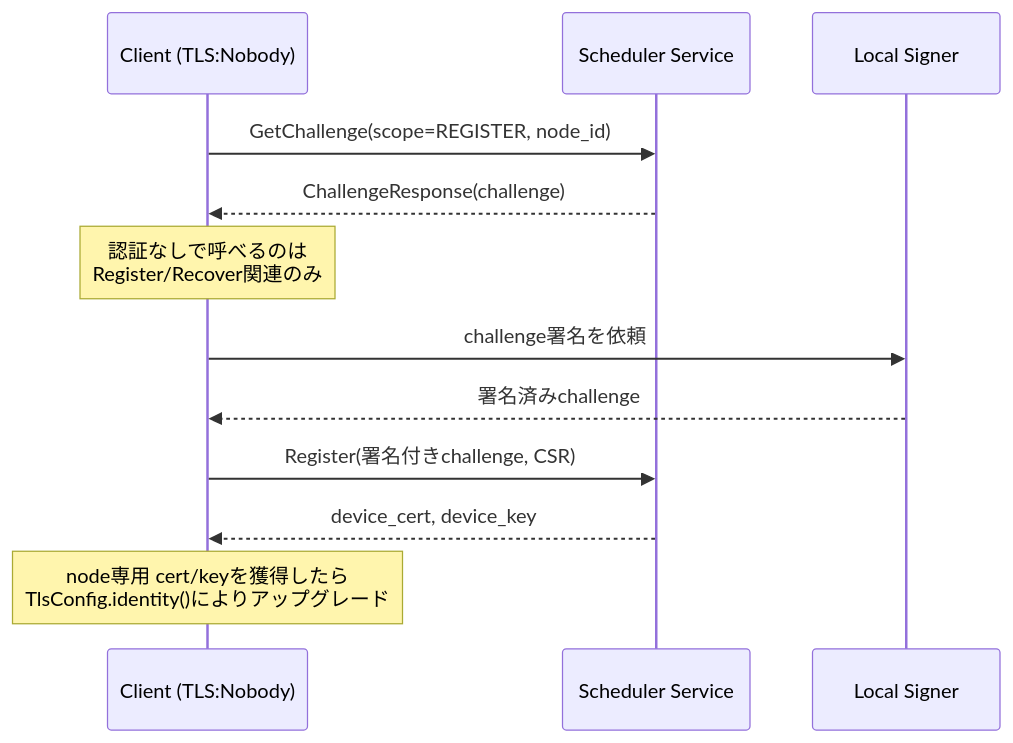
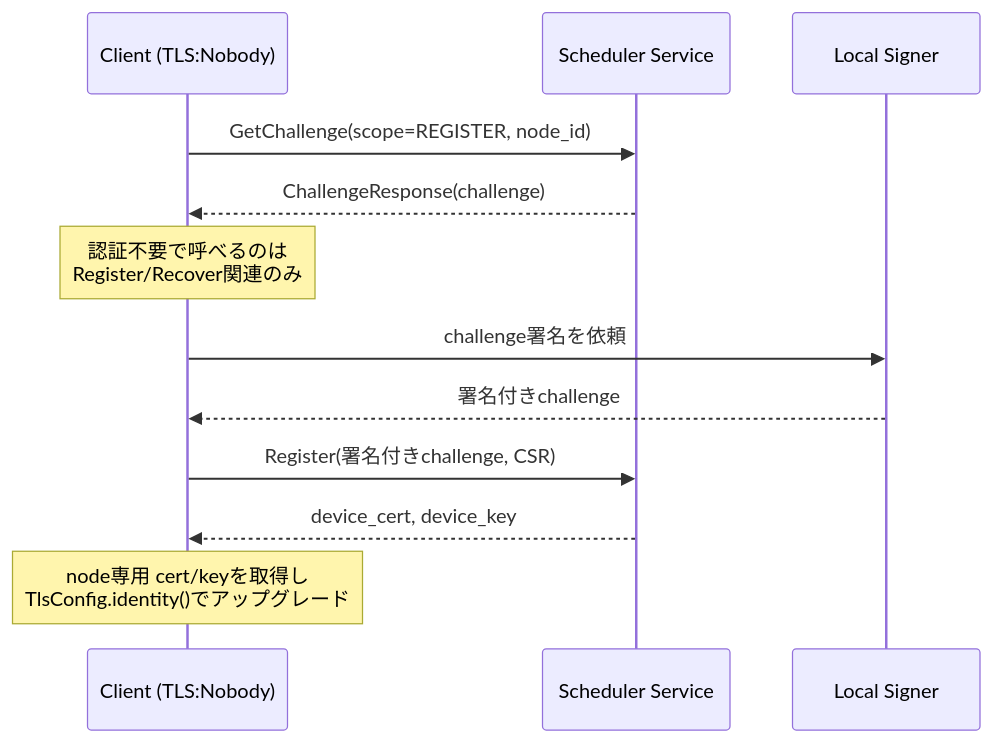
The second of 4 diagrams in content/posts/2025-03-19.md (YusukeShimizu/YusukeShimizu-yusukeshimizu.github.io), drawn with Mermaid before and after one commit. The commit also changed other lines of this file and 1 other file, not shown here.

````diff
--- a/content/posts/2025-03-19.md
+++ b/content/posts/2025-03-19.md
@@ -120,19 +118,19 @@
 ```mermaid
 sequenceDiagram
     participant Client(Nobody) as Client (TLS:Nobody)
     participant Scheduler as Scheduler Service
     participant Signer as Local Signer
 
     Client(Nobody)->>Scheduler: GetChallenge(scope=REGISTER, node_id)
     Scheduler-->>Client(Nobody): ChallengeResponse(challenge)
 
-    note over Client(Nobody): 認証なしで呼べるのは<br>Register/Recover関連のみ
+    note over Client(Nobody): 認証不要で呼べるのは<br>Register/Recover関連のみ
 
     Client(Nobody)->>Signer: challenge署名を依頼
-    Signer-->>Client(Nobody): 署名済みchallenge
+    Signer-->>Client(Nobody): 署名付きchallenge
 
     Client(Nobody)->>Scheduler: Register(署名付きchallenge, CSR)
     Scheduler-->>Client(Nobody): device_cert, device_key
 
-    note over Client(Nobody): node専用 cert/keyを獲得したら<br>TlsConfig.identity()によりアップグレード
+    note over Client(Nobody): node専用 cert/keyを取得し<br>TlsConfig.identity()でアップグレード
 ```
````
